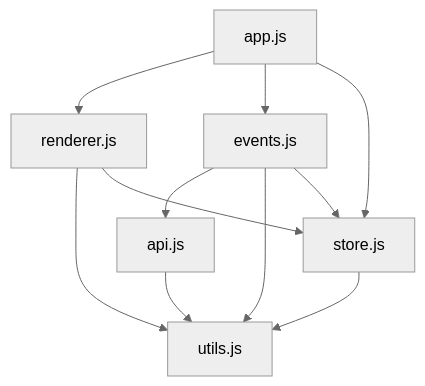
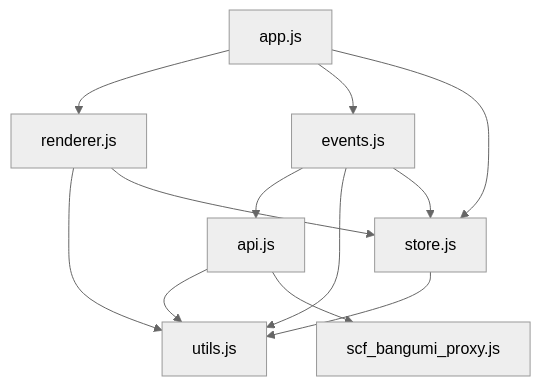
Before and after one commit to KAGUYA284/anima-list: diagram 12 of 12 in .qoder/repowiki/zh/content/核心功能模块/Bangumi API集成.md, drawn with Mermaid (neutral theme). The commit also changed other lines of this file and 17 other files, not shown here.

````diff
--- a/.qoder/repowiki/zh/content/核心功能模块/Bangumi API集成.md
+++ b/.qoder/repowiki/zh/content/核心功能模块/Bangumi API集成.md
@@ -357,13 +546,14 @@
 ```mermaid
 graph TD
 App[app.js] --> Renderer[renderer.js]
 App --> Events[events.js]
 App --> Store[store.js]
 Events --> API[api.js]
 Events --> Utils[utils.js]
 Events --> Store
 Renderer --> Utils
 Renderer --> Store
 Store --> Utils
 API --> Utils
+API --> Proxy[scf_bangumi_proxy.js]
 ```
````
